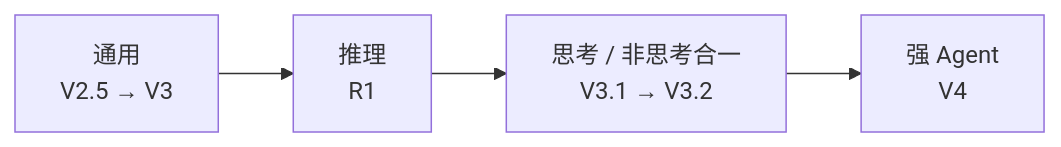
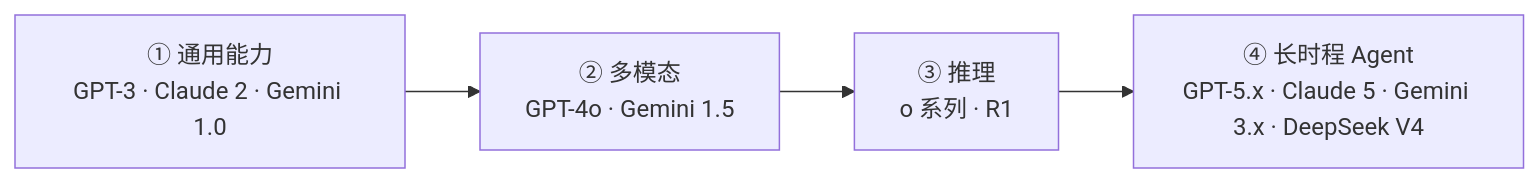
The second of 2 diagrams in src/content/blog/zh-ai-changshang.md (tim-1992/tims-notes), drawn with Mermaid before and after one commit. The commit also changed other lines of this file and 3 other files, not shown here.

```diff
--- a/src/content/blog/zh-ai-changshang.md
+++ b/src/content/blog/zh-ai-changshang.md
@@ -103,4 +135,4 @@
 <pre class="mermaid">
 flowchart LR
-  A["通用<br/>V2.5 → V3"] --> B["推理<br/>R1"] --> C["思考 / 非思考合一<br/>V3.1 → V3.2"] --> D["强 Agent<br/>V4"]
+  A["① 通用能力<br/>GPT-3 · Claude 2 · Gemini 1.0"] --> B["② 多模态<br/>GPT-4o · Gemini 1.5"] --> C["③ 推理<br/>o 系列 · R1"] --> D["④ 长时程 Agent<br/>GPT-5.x · Claude 5 · Gemini 3.x · DeepSeek V4"]
 </pre>
```
